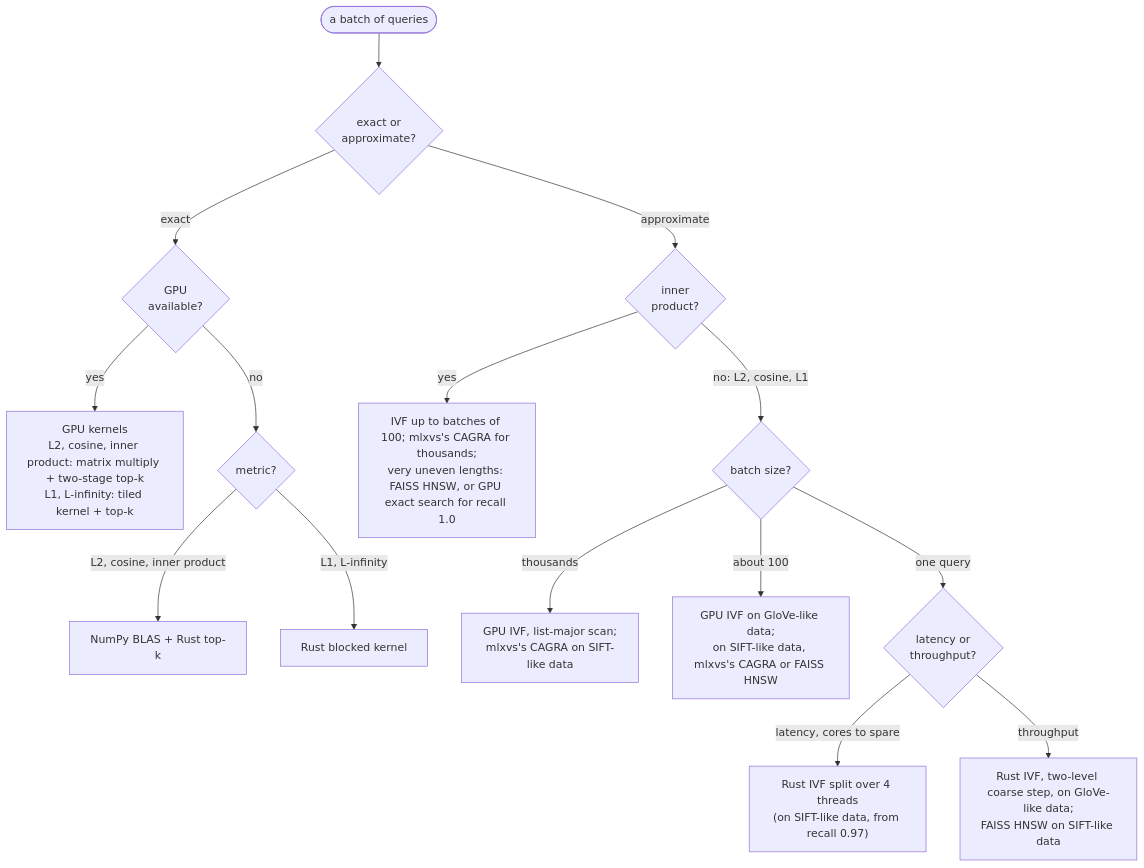
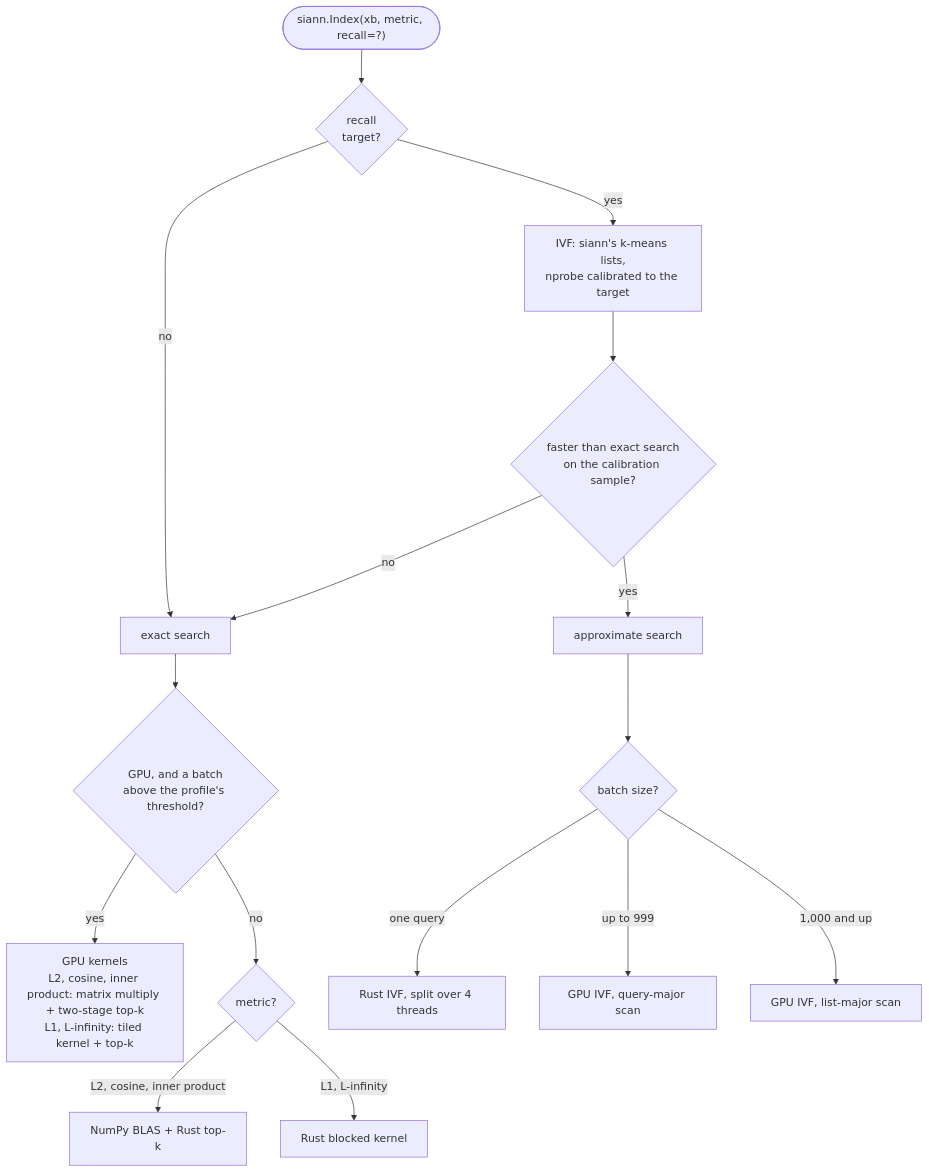
One commit to vglazer/siann changed the second of 4 diagrams in ARCHITECTURE.md. Above: the diagram before and after it, drawn with Mermaid. The commit also changed other lines of this file and 6 other files, not shown here.

First line of the commit message:
Docs: approximate search through siann.Index

````diff
--- a/ARCHITECTURE.md
+++ b/ARCHITECTURE.md
@@ -56,17 +57,18 @@
 ```mermaid
 flowchart TB
-    q(["a batch of queries"]) --> kind{"exact or<br/>approximate?"}
-    kind -- exact --> where{"GPU<br/>available?"}
-    where -- yes --> ge["GPU kernels<br/>L2, cosine, inner product: matrix multiply + two-stage top-k<br/>L1, L-infinity: tiled kernel + top-k"]
-    where -- no --> metric{"metric?"}
+    build(["siann.Index(xb, metric, recall=?)"]) --> target{"recall<br/>target?"}
+    target -- no --> exact["exact search"]
+    target -- yes --> ivf["IVF: siann's k-means lists,<br/>nprobe calibrated to the target"]
+    ivf --> faster{"faster than exact search<br/>on the calibration sample?"}
+    faster -- no --> exact
+    faster -- yes --> approx["approximate search"]
+    exact --> ebatch{"GPU, and a batch<br/>above the profile's threshold?"}
+    ebatch -- yes --> ge["GPU kernels<br/>L2, cosine, inner product: matrix multiply + two-stage top-k<br/>L1, L-infinity: tiled kernel + top-k"]
+    ebatch -- no --> metric{"metric?"}
     metric -- "L2, cosine, inner product" --> cb["NumPy BLAS + Rust top-k"]
     metric -- "L1, L-infinity" --> cr["Rust blocked kernel"]
-    kind -- approximate --> ip{"inner<br/>product?"}
-    ip -- yes --> hip["IVF up to batches of 100; mlxvs's CAGRA for thousands;<br/>very uneven lengths: FAISS HNSW, or GPU exact search for recall 1.0"]
-    ip -- "no: L2, cosine, L1" --> size{"batch size?"}
-    size -- "thousands" --> gl["GPU IVF, list-major scan;<br/>mlxvs's CAGRA on SIFT-like data"]
-    size -- "about 100" --> hn["GPU IVF on GloVe-like data;<br/>on SIFT-like data, mlxvs's CAGRA or FAISS HNSW"]
-    size -- "one query" --> lat{"latency or<br/>throughput?"}
-    lat -- "latency, cores to spare" --> sp["Rust IVF split over 4 threads<br/>(on SIFT-like data, from recall 0.97)"]
-    lat -- throughput --> one["Rust IVF, two-level coarse step, on GloVe-like data;<br/>FAISS HNSW on SIFT-like data"]
+    approx --> abatch{"batch size?"}
+    abatch -- "one query" --> sp["Rust IVF, split over 4 threads"]
+    abatch -- "up to 999" --> gq["GPU IVF, query-major scan"]
+    abatch -- "1,000 and up" --> gl["GPU IVF, list-major scan"]
 ```
````
